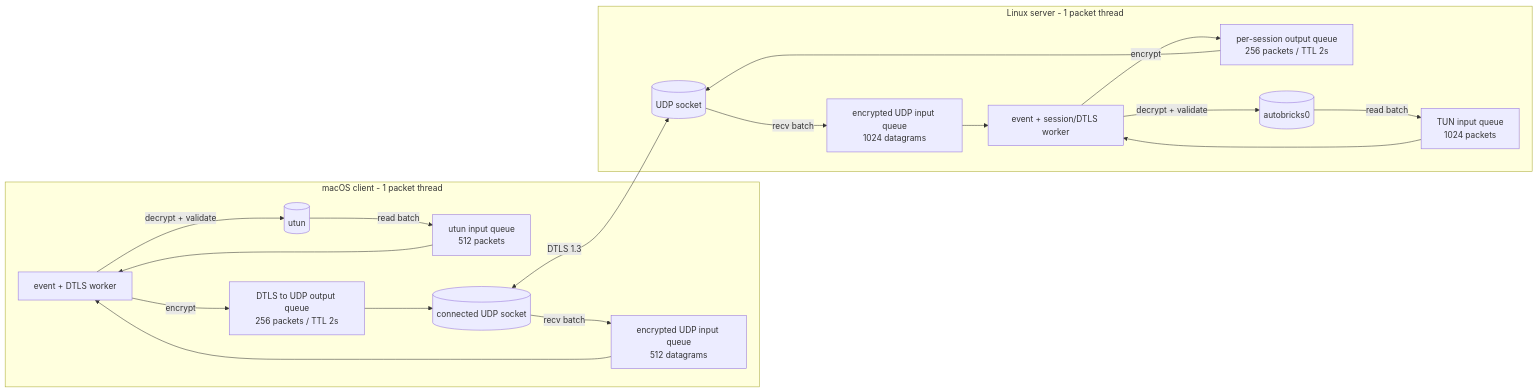
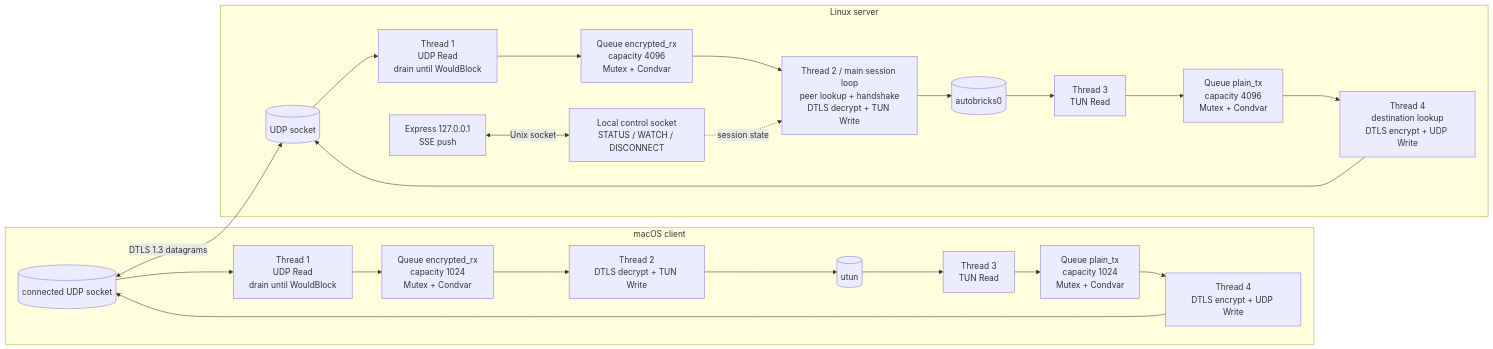
Before and after one commit to pregene/autobricks-vpn: the first of 2 diagrams in README.md, drawn with Mermaid. The commit also changed other lines of this file and 9 other files, not shown here.

Commit message:
Implement queued VPN workers and document packet flow

````diff
--- a/README.md
+++ b/README.md
@@ -55,29 +55,35 @@
 ```mermaid
 flowchart LR
-    subgraph Client[macOS client - 1 packet thread]
-        CT["event + DTLS worker"]
-        CUT["utun input queue<br/>512 packets"]
-        CUR["encrypted UDP input queue<br/>512 datagrams"]
-        CUQ["DTLS to UDP output queue<br/>256 packets / TTL 2s"]
+    subgraph Client[macOS client]
+        CUDP[(connected UDP socket)]
+        CUR["Thread 1<br/>UDP Read<br/>drain until WouldBlock"]
+        CEQ["Queue encrypted_rx<br/>capacity 1024<br/>Mutex + Condvar"]
+        CTW["Thread 2<br/>DTLS decrypt + TUN Write"]
         UTUN[(utun)]
-        CUDP[(connected UDP socket)]
-        UTUN -->|read batch| CUT --> CT
-        CUDP -->|recv batch| CUR --> CT
-        CT -->|encrypt| CUQ --> CUDP
-        CT -->|decrypt + validate| UTUN
+        CTR["Thread 3<br/>TUN Read"]
+        CPQ["Queue plain_tx<br/>capacity 1024<br/>Mutex + Condvar"]
+        CUW["Thread 4<br/>DTLS encrypt + UDP Write"]
+
+        CUDP --> CUR --> CEQ --> CTW --> UTUN
+        UTUN --> CTR --> CPQ --> CUW --> CUDP
     end
 
-    subgraph Server[Linux server - 1 packet thread]
-        ST["event + session/DTLS worker"]
-        SUT["TUN input queue<br/>1024 packets"]
-        SUR["encrypted UDP input queue<br/>1024 datagrams"]
-        SSQ["per-session output queue<br/>256 packets / TTL 2s"]
+    subgraph Server[Linux server]
+        SUDP[(UDP socket)]
+        SUR["Thread 1<br/>UDP Read<br/>drain until WouldBlock"]
+        SEQ["Queue encrypted_rx<br/>capacity 4096<br/>Mutex + Condvar"]
+        SDW["Thread 2 / main session loop<br/>peer lookup + handshake<br/>DTLS decrypt + TUN Write"]
         STUN[(autobricks0)]
-        SUDP[(UDP socket)]
-        STUN -->|read batch| SUT --> ST
-        SUDP -->|recv batch| SUR --> ST
-        ST -->|encrypt| SSQ --> SUDP
-        ST -->|decrypt + validate| STUN
+        STR["Thread 3<br/>TUN Read"]
+        SPQ["Queue plain_tx<br/>capacity 4096<br/>Mutex + Condvar"]
+        SUW["Thread 4<br/>destination lookup<br/>DTLS encrypt + UDP Write"]
+        CTL["Local control socket<br/>STATUS / WATCH / DISCONNECT"]
+        WEB["Express 127.0.0.1<br/>SSE push"]
+
+        SUDP --> SUR --> SEQ --> SDW --> STUN
+        STUN --> STR --> SPQ --> SUW --> SUDP
+        WEB <-->|Unix socket| CTL -. session state .-> SDW
     end
-    CUDP <-->|DTLS 1.3| SUDP
+
+    CUDP <-->|DTLS 1.3 datagrams| SUDP
 ```
````
